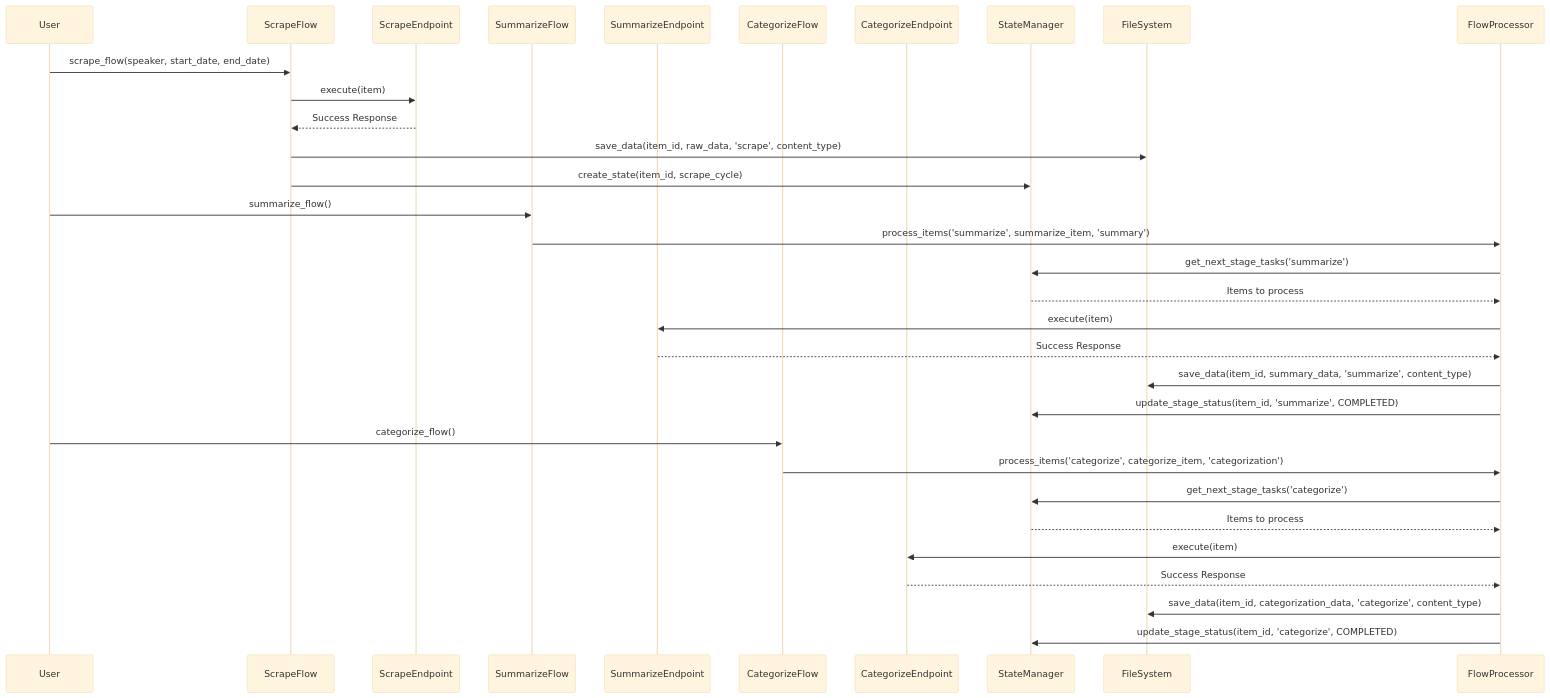
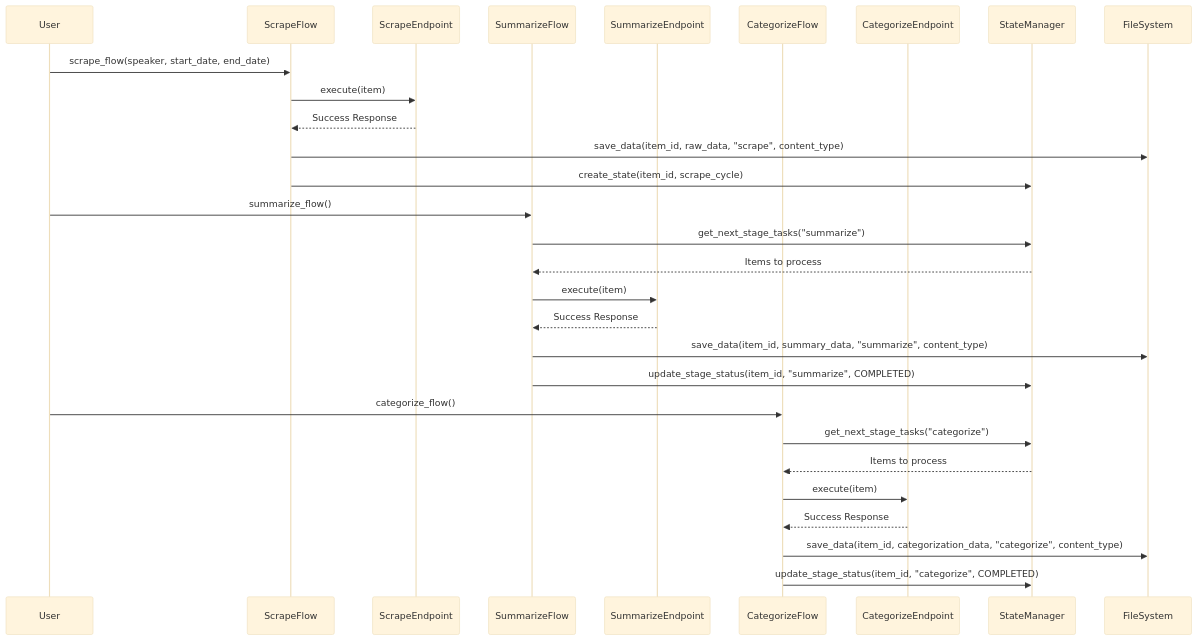
Before and after one commit to dmitriyratu/DiscourseKG: the fifth of 5 diagrams in documentation/architecture.md, drawn with Mermaid (base theme). The commit also changed other lines of this file, not shown here.

First line of the commit message:
refactor: update architecture documentation and enhance pipeline clarity

````diff
--- a/documentation/architecture.md
+++ b/documentation/architecture.md
@@ -388,36 +261,34 @@
 ```mermaid
 sequenceDiagram
     participant User
     participant ScrapeFlow
     participant ScrapeEndpoint
     participant SummarizeFlow
     participant SummarizeEndpoint
     participant CategorizeFlow
     participant CategorizeEndpoint
     participant StateManager
     participant FileSystem
     
     User->>ScrapeFlow: scrape_flow(speaker, start_date, end_date)
     ScrapeFlow->>ScrapeEndpoint: execute(item)
     ScrapeEndpoint-->>ScrapeFlow: Success Response
-    ScrapeFlow->>FileSystem: save_data(item_id, raw_data, 'scrape', content_type)
+    ScrapeFlow->>FileSystem: save_data(item_id, raw_data, "scrape", content_type)
     ScrapeFlow->>StateManager: create_state(item_id, scrape_cycle)
     
     User->>SummarizeFlow: summarize_flow()
-    SummarizeFlow->>FlowProcessor: process_items('summarize', summarize_item, 'summary')
-    FlowProcessor->>StateManager: get_next_stage_tasks('summarize')
-    StateManager-->>FlowProcessor: Items to process
-    FlowProcessor->>SummarizeEndpoint: execute(item)
-    SummarizeEndpoint-->>FlowProcessor: Success Response
-    FlowProcessor->>FileSystem: save_data(item_id, summary_data, 'summarize', content_type)
-    FlowProcessor->>StateManager: update_stage_status(item_id, 'summarize', COMPLETED)
+    SummarizeFlow->>StateManager: get_next_stage_tasks("summarize")
+    StateManager-->>SummarizeFlow: Items to process
+    SummarizeFlow->>SummarizeEndpoint: execute(item)
+    SummarizeEndpoint-->>SummarizeFlow: Success Response
+    SummarizeFlow->>FileSystem: save_data(item_id, summary_data, "summarize", content_type)
+    SummarizeFlow->>StateManager: update_stage_status(item_id, "summarize", COMPLETED)
     
     User->>CategorizeFlow: categorize_flow()
-    CategorizeFlow->>FlowProcessor: process_items('categorize', categorize_item, 'categorization')
-    FlowProcessor->>StateManager: get_next_stage_tasks('categorize')
-    StateManager-->>FlowProcessor: Items to process
-    FlowProcessor->>CategorizeEndpoint: execute(item)
-    CategorizeEndpoint-->>FlowProcessor: Success Response
-    FlowProcessor->>FileSystem: save_data(item_id, categorization_data, 'categorize', content_type)
-    FlowProcessor->>StateManager: update_stage_status(item_id, 'categorize', COMPLETED)
+    CategorizeFlow->>StateManager: get_next_stage_tasks("categorize")
+    StateManager-->>CategorizeFlow: Items to process
+    CategorizeFlow->>CategorizeEndpoint: execute(item)
+    CategorizeEndpoint-->>CategorizeFlow: Success Response
+    CategorizeFlow->>FileSystem: save_data(item_id, categorization_data, "categorize", content_type)
+    CategorizeFlow->>StateManager: update_stage_status(item_id, "categorize", COMPLETED)
 ```
````
